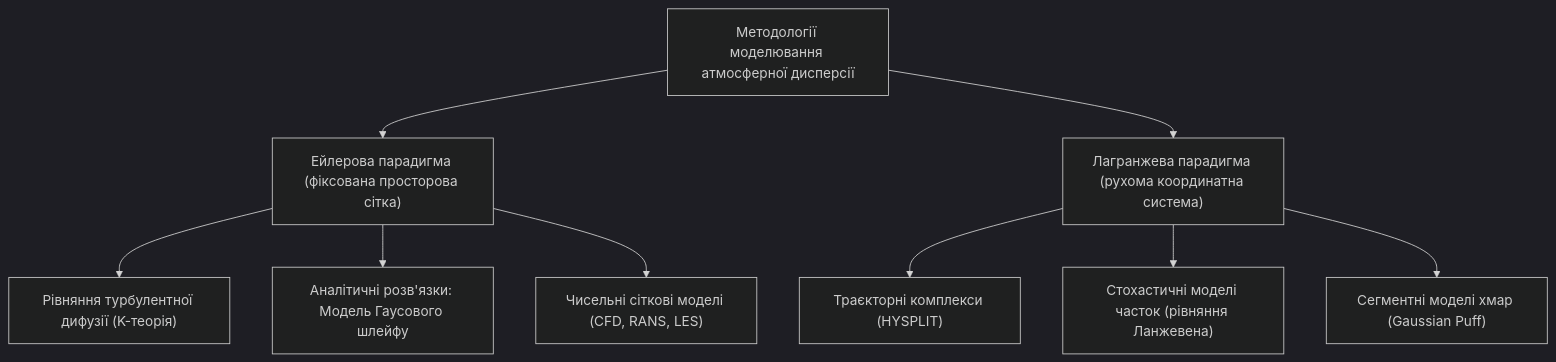
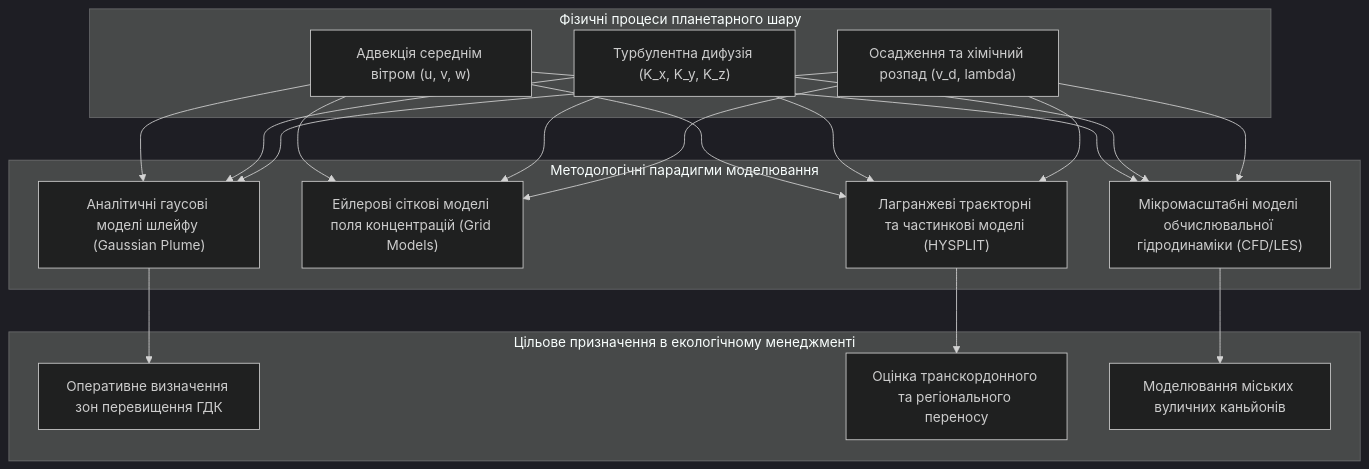
One commit to KyryloVadurin/eco-systems-analytics changed the first of 4 diagrams in docs/lk/lk6.md. Above: the diagram before and after it, drawn with Mermaid (dark theme). The commit also changed other lines of this file and 9 other files, not shown here.

````diff
--- a/docs/lk/lk6.md
+++ b/docs/lk/lk6.md
@@ -51,13 +41,29 @@
 ```mermaid
 flowchart TD
-    AtmosphericDispersion["Методології моделювання атмосферної дисперсії"] --> EulerianApproach["Ейлерова парадигма (фіксована просторова сітка)"]
-    AtmosphericDispersion --> LagrangianApproach["Лагранжева парадигма (рухома координатна система)"]
-    
-    EulerianApproach --> DiffusionEq["Рівняння турбулентної дифузії (K-теорія)"]
-    EulerianApproach --> GaussianModels["Аналітичні розв'язки: Модель Гаусового шлейфу"]
-    EulerianApproach --> CFDModels["Чисельні сіткові моделі (CFD, RANS, LES)"]
-    
-    LagrangianApproach --> TrajectoryModels["Траєкторні комплекси (HYSPLIT)"]
-    LagrangianApproach --> StochasticParticle["Стохастичні моделі часток (рівняння Ланжевена)"]
-    LagrangianApproach --> PuffModels["Сегментні моделі хмар (Gaussian Puff)"]
+    subgraph ATMOSPHERE_PHYSICS["Фізичні процеси планетарного шару"]
+        WIND["Адвекція середнім вітром (u, v, w)"]
+        TURB["Турбулентна дифузія (K_x, K_y, K_z)"]
+        SINK["Осадження та хімічний розпад (v_d, lambda)"]
+    end
+
+    subgraph MATHEMATICAL_APPROACHES["Методологічні парадигми моделювання"]
+        GAUSS["Аналітичні гаусові моделі шлейфу (Gaussian Plume)"]
+        EULER["Ейлерові сіткові моделі поля концентрацій (Grid Models)"]
+        LAGRANGE["Лагранжеві траєкторні та частинкові моделі (HYSPLIT)"]
+        CFD["Мікромасштабні моделі обчислювальної гідродинаміки (CFD/LES)"]
+    end
+
+    subgraph PRACTICAL_GOALS["Цільове призначення в екологічному менеджменті"]
+        M1["Оперативне визначення зон перевищення ГДК"]
+        M2["Оцінка транскордонного та регіонального переносу"]
+        M3["Моделювання міських вуличних каньйонів"]
+    end
+
+    WIND & TURB & SINK --> GAUSS
+    WIND & TURB & SINK --> EULER
+    WIND & TURB & SINK --> LAGRANGE
+    WIND & TURB & SINK --> CFD
+    GAUSS --> M1
+    LAGRANGE --> M2
+    CFD --> M3
 ```
````
